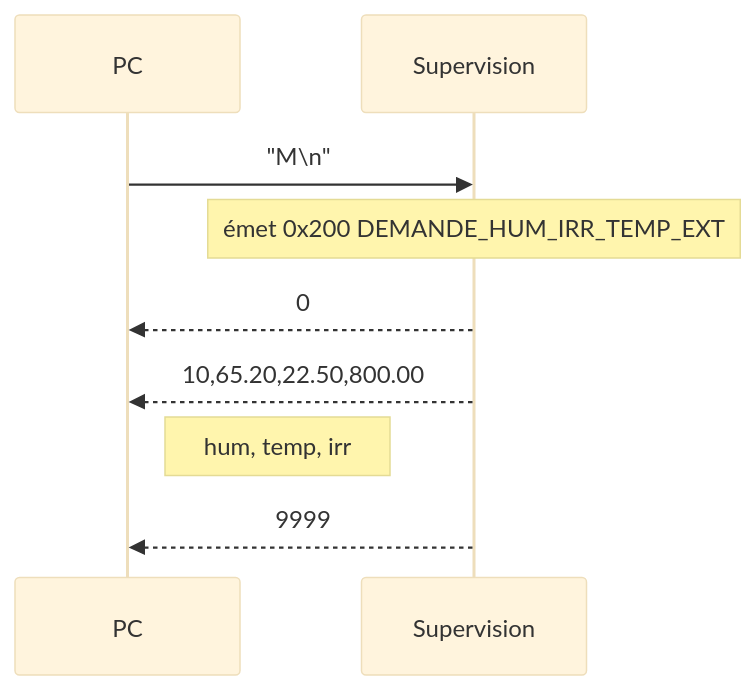
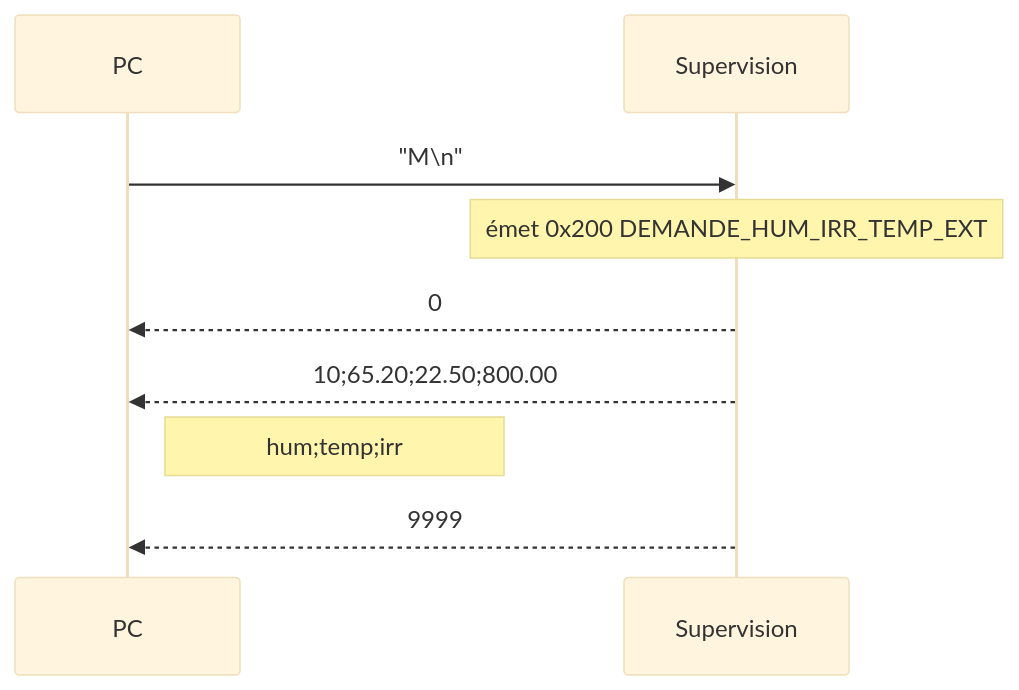
One commit to baptisteB00/Projet_LAOS changed the third of 8 diagrams in docs/serial_protocol.md. Above: the diagram before and after it, drawn with Mermaid (base theme). The commit also changed other lines of this file, not shown here.

Commit message:
fix : point-virgules dans diagrammes mermaid via entite #59;

````diff
--- a/docs/serial_protocol.md
+++ b/docs/serial_protocol.md
@@ -147,12 +147,12 @@
 ```mermaid
 sequenceDiagram
     participant PC
     participant SUP as Supervision
 
     PC->>SUP: "M\n"
     Note over SUP: émet 0x200 DEMANDE_HUM_IRR_TEMP_EXT
     SUP-->>PC: 0
-    SUP-->>PC: 10,65.20,22.50,800.00
-    Note right of PC: hum, temp, irr
+    SUP-->>PC: 10#59;65.20#59;22.50#59;800.00
+    Note right of PC: hum#59;temp#59;irr
     SUP-->>PC: 9999
 ```
````
